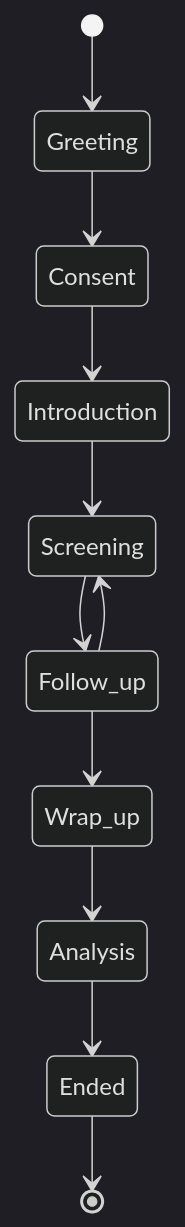
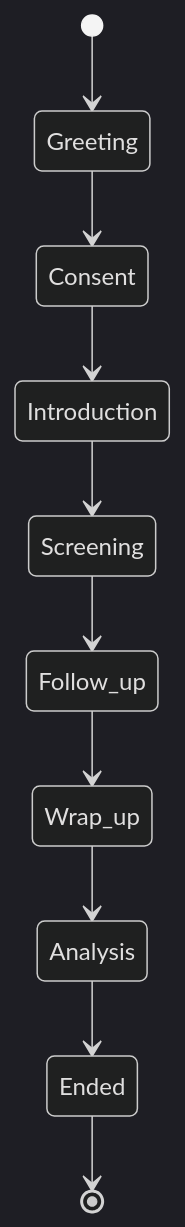
The tenth of 16 diagrams in .qoder/repowiki/en/content/Deployment & DevOps/Deployment & DevOps.md (Revanththetalogics/aireume), drawn with Mermaid (dark theme) before and after one commit. The commit also changed other lines of this file and 118 other files, not shown here.

````diff
--- a/.qoder/repowiki/en/content/Deployment & DevOps/Deployment & DevOps.md
+++ b/.qoder/repowiki/en/content/Deployment & DevOps/Deployment & DevOps.md
@@ -545,13 +623,12 @@
 ```mermaid
 stateDiagram-v2
 [*] --> Greeting
 Greeting --> Consent
 Consent --> Introduction
 Introduction --> Screening
 Screening --> Follow_up
-Follow_up --> Screening
 Follow_up --> Wrap_up
 Wrap_up --> Analysis
 Analysis --> Ended
 Ended --> [*]
 ```
````
